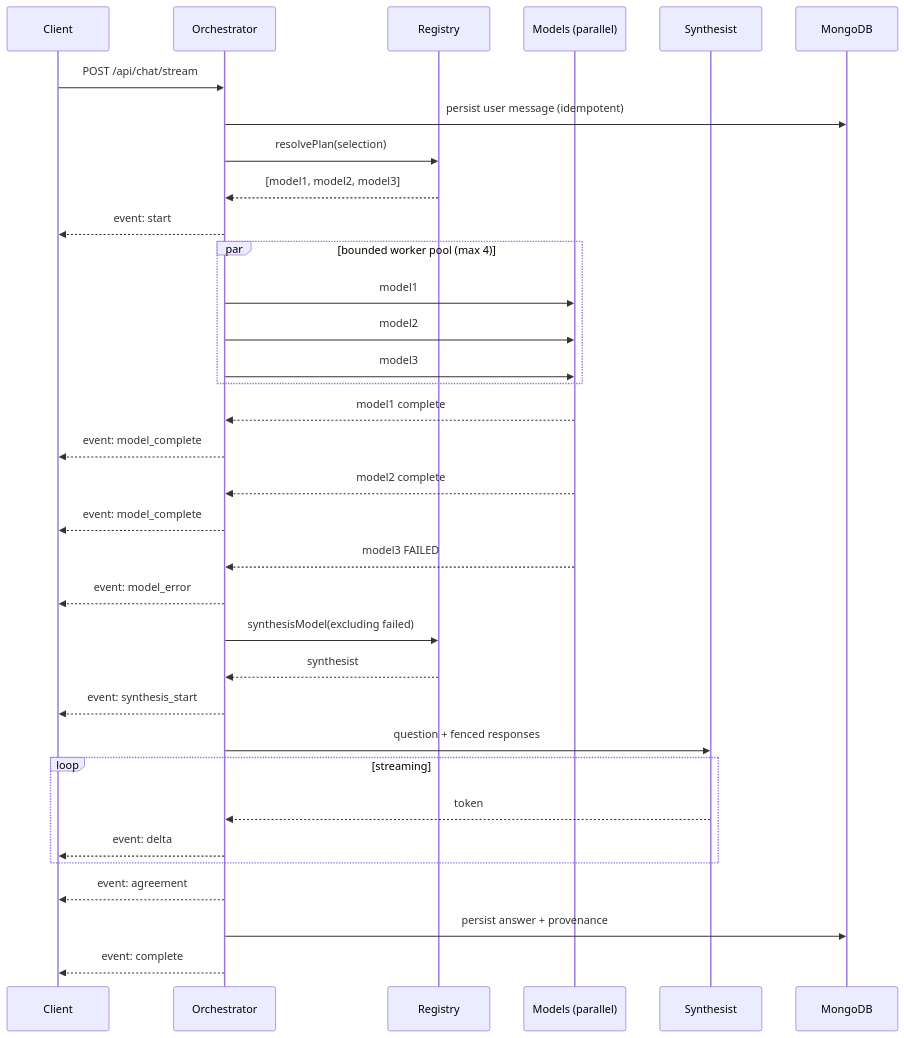
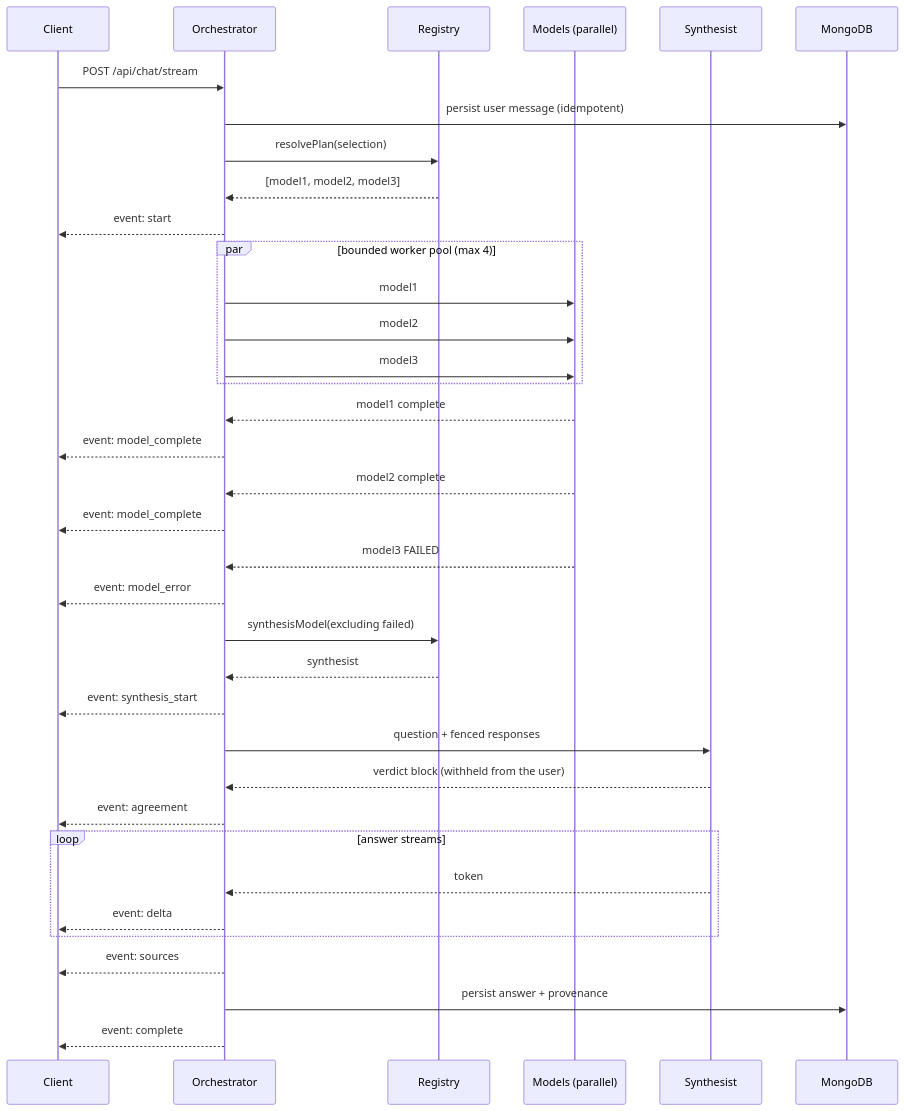
The fourth of 10 diagrams in docs/PROJECT-GUIDE.md (Omkar-Gavade/NexusAI), drawn with Mermaid before and after one commit. The commit also changed other lines of this file, not shown here.

First line of the commit message:
Correct the project guide's data model and event order

````diff
--- a/docs/PROJECT-GUIDE.md
+++ b/docs/PROJECT-GUIDE.md
@@ -275,40 +275,42 @@
 ```mermaid
 sequenceDiagram
     participant C as Client
     participant O as Orchestrator
     participant R as Registry
     participant M as Models (parallel)
     participant S as Synthesist
     participant DB as MongoDB
 
     C->>O: POST /api/chat/stream
     O->>DB: persist user message (idempotent)
     O->>R: resolvePlan(selection)
     R-->>O: [model1, model2, model3]
     O-->>C: event: start
 
     par bounded worker pool (max 4)
         O->>M: model1
         O->>M: model2
         O->>M: model3
     end
 
     M-->>O: model1 complete
     O-->>C: event: model_complete
     M-->>O: model2 complete
     O-->>C: event: model_complete
     M-->>O: model3 FAILED
     O-->>C: event: model_error
 
     O->>R: synthesisModel(excluding failed)
     R-->>O: synthesist
     O-->>C: event: synthesis_start
     O->>S: question + fenced responses
-    loop streaming
+    S-->>O: verdict block (withheld from the user)
+    O-->>C: event: agreement
+    loop answer streams
         S-->>O: token
         O-->>C: event: delta
     end
-    O-->>C: event: agreement
+    O-->>C: event: sources
     O->>DB: persist answer + provenance
     O-->>C: event: complete
 ```
````
